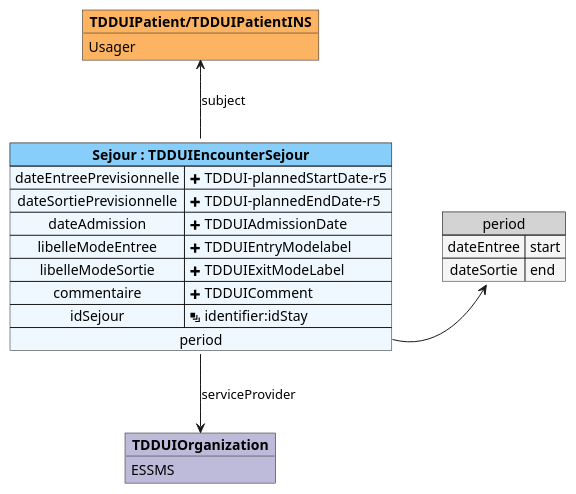
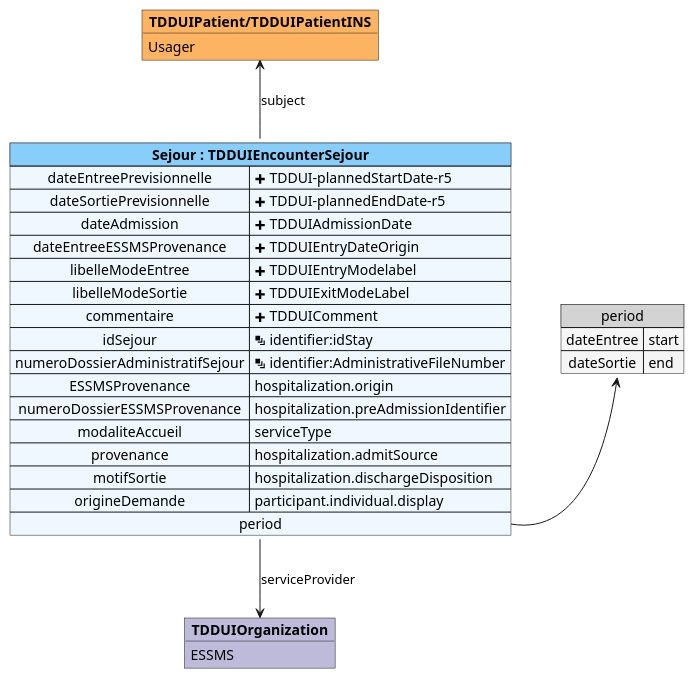
The diagram in input/images-source/mapping_TDDUIEncounterSejour.plantuml (ansforge/IG-fhir-medicosocial-transfert-donnees-dui), drawn with PlantUML before and after one commit. The commit also changed 3 other files, not shown here.

```diff
--- a/input/images-source/mapping_TDDUIEncounterSejour.plantuml
+++ b/input/images-source/mapping_TDDUIEncounterSejour.plantuml
@@ -1,30 +1,38 @@
 @startuml
 
 map "period" as period #back:WhiteSmoke;header:LightGray {
     dateEntree => start
     dateSortie => end
 }
 
 object "**TDDUIPatient/TDDUIPatientINS**" as TDDUIPatient #fdb462 {
     Usager
 }
 
 object "**TDDUIOrganization**" as TDDUIOrganization #bebada {
     ESSMS
 }
 
 map "**Sejour : TDDUIEncounterSejour**" as Sejour #back:AliceBlue;header:LightSkyBlue {
     dateEntreePrevisionnelle => <&plus> TDDUI-plannedStartDate-r5
     dateSortiePrevisionnelle => <&plus> TDDUI-plannedEndDate-r5
     dateAdmission => <&plus> TDDUIAdmissionDate
+    dateEntreeESSMSProvenance => <&plus> TDDUIEntryDateOrigin
     libelleModeEntree => <&plus> TDDUIEntryModelabel
     libelleModeSortie => <&plus> TDDUIExitModeLabel
     commentaire => <&plus> TDDUIComment
     idSejour => <&layers> identifier:idStay
+    numeroDossierAdministratifSejour => <&layers> identifier:AdministrativeFileNumber
+    ESSMSProvenance => hospitalization.origin
+    numeroDossierESSMSProvenance => hospitalization.preAdmissionIdentifier
+    modaliteAccueil => serviceType
+    provenance => hospitalization.admitSource
+    motifSortie => hospitalization.dischargeDisposition
+    origineDemande => participant.individual.display
     period *-> period
 }
 
 Sejour -u-> TDDUIPatient : subject
 Sejour -d-> TDDUIOrganization : serviceProvider
 
 @enduml
```
